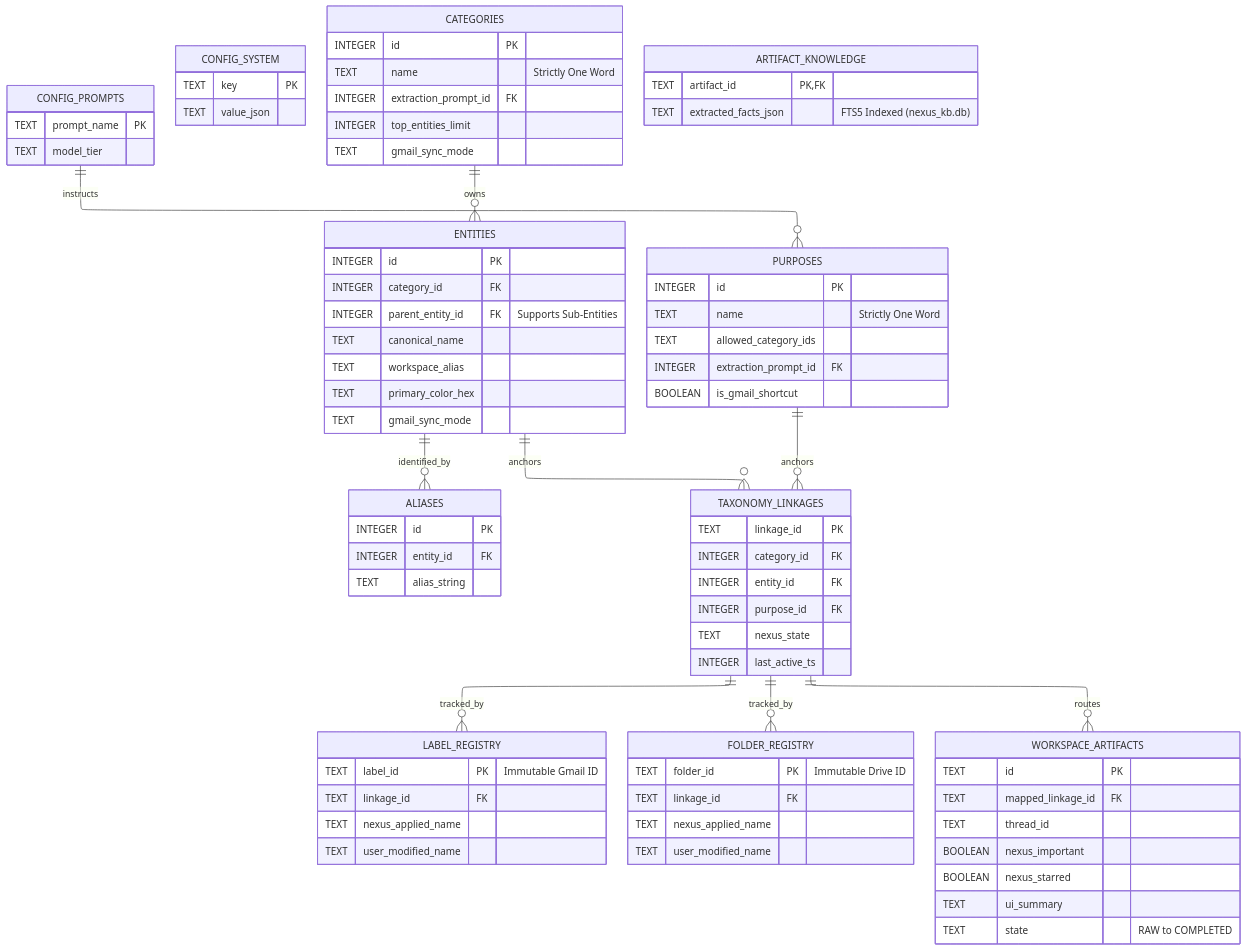
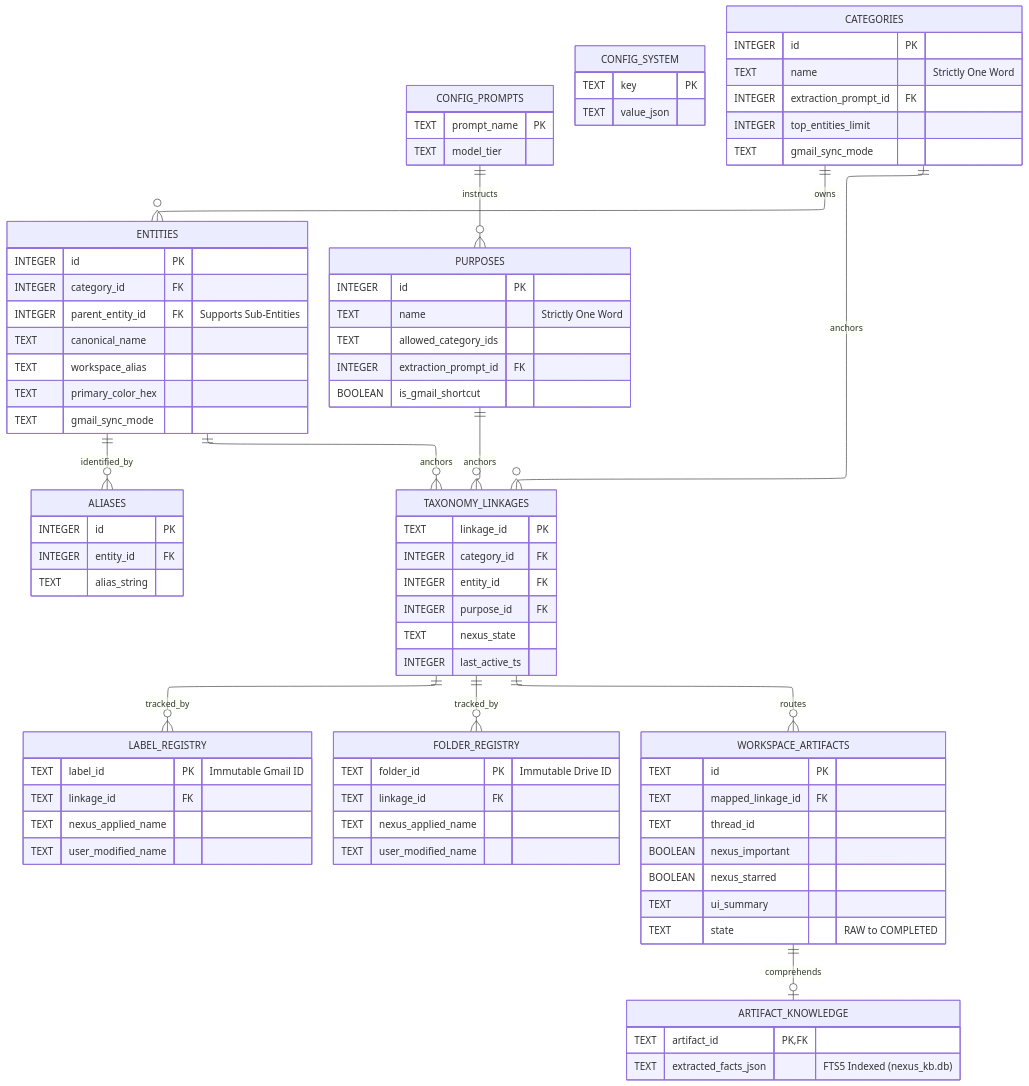
Before and after one commit to FrankXLT/Nexus-for-Google: the diagram in arch_docs/02_DATA_ONTOLOGY.md, drawn with Mermaid. The commit also changed 5 other files, not shown here.

First line of the commit message:
docs: add Layer 0 topology and new architectural rules

````diff
--- a/arch_docs/02_DATA_ONTOLOGY.md
+++ b/arch_docs/02_DATA_ONTOLOGY.md
@@ -32,93 +32,89 @@
   layout: elk
 ---
 erDiagram
-	direction TB
-	CONFIG_PROMPTS {
-		TEXT prompt_name PK ""  
-		TEXT model_tier  ""  
-	}
+    direction TB
+    
+    CONFIG_PROMPTS {
+        TEXT prompt_name PK ""
+        TEXT model_tier ""
+    }
+    CONFIG_SYSTEM {
+        TEXT key PK ""
+        TEXT value_json ""
+    }
+    CATEGORIES {
+        INTEGER id PK ""
+        TEXT name "Strictly One Word"
+        INTEGER extraction_prompt_id FK ""
+        INTEGER top_entities_limit ""
+        TEXT gmail_sync_mode ""
+    }
+    ENTITIES {
+        INTEGER id PK ""
+        INTEGER category_id FK ""
+        INTEGER parent_entity_id FK "Supports Sub-Entities"
+        TEXT canonical_name ""
+        TEXT workspace_alias ""
+        TEXT primary_color_hex ""
+        TEXT gmail_sync_mode ""
+    }
+    ALIASES {
+        INTEGER id PK ""
+        INTEGER entity_id FK ""
+        TEXT alias_string ""
+    }
+    PURPOSES {
+        INTEGER id PK ""
+        TEXT name "Strictly One Word"
+        TEXT allowed_category_ids ""
+        INTEGER extraction_prompt_id FK ""
+        BOOLEAN is_gmail_shortcut ""
+    }
+    LABEL_REGISTRY {
+        TEXT label_id PK "Immutable Gmail ID"
+        TEXT linkage_id FK ""
+        TEXT nexus_applied_name ""
+        TEXT user_modified_name ""
+    }
+    FOLDER_REGISTRY {
+        TEXT folder_id PK "Immutable Drive ID"
+        TEXT linkage_id FK ""
+        TEXT nexus_applied_name ""
+        TEXT user_modified_name ""
+    }
+    TAXONOMY_LINKAGES {
+        TEXT linkage_id PK ""
+        INTEGER category_id FK ""
+        INTEGER entity_id FK ""
+        INTEGER purpose_id FK ""
+        TEXT nexus_state ""
+        INTEGER last_active_ts ""
+    }
+    WORKSPACE_ARTIFACTS {
+        TEXT id PK ""
+        TEXT mapped_linkage_id FK ""
+        TEXT thread_id ""
+        BOOLEAN nexus_important ""
+        BOOLEAN nexus_starred ""
+        TEXT ui_summary ""
+        TEXT state "RAW to COMPLETED"
+    }
+    ARTIFACT_KNOWLEDGE {
+        TEXT artifact_id PK, FK ""
+        TEXT extracted_facts_json "FTS5 Indexed (nexus_kb.db)"
+    }
 
-	CONFIG_SYSTEM {
-		TEXT key PK ""  
-		TEXT value_json  ""  
-	}
-
-	CATEGORIES {
-		INTEGER id PK ""  
-		TEXT name  "Strictly One Word"  
-		INTEGER extraction_prompt_id FK ""  
-		INTEGER top_entities_limit  ""  
-		TEXT gmail_sync_mode  ""  
-	}
-
-	ENTITIES {
-		INTEGER id PK ""  
-		INTEGER category_id FK ""  
-		INTEGER parent_entity_id FK "Supports Sub-Entities"  
-		TEXT canonical_name  ""  
-		TEXT workspace_alias  ""  
-		TEXT primary_color_hex  ""  
-		TEXT gmail_sync_mode  ""  
-	}
-
-	ALIASES {
-		INTEGER id PK ""  
-		INTEGER entity_id FK ""  
-		TEXT alias_string  ""  
-	}
-
-	PURPOSES {
-		INTEGER id PK ""  
-		TEXT name  "Strictly One Word"  
-		TEXT allowed_category_ids  ""  
-		INTEGER extraction_prompt_id FK ""  
-		BOOLEAN is_gmail_shortcut  ""  
-	}
-
-	LABEL_REGISTRY {
-		TEXT label_id PK "Immutable Gmail ID"  
-		TEXT linkage_id FK ""  
-		TEXT nexus_applied_name  ""  
-		TEXT user_modified_name  ""  
-	}
-
-	FOLDER_REGISTRY {
-		TEXT folder_id PK "Immutable Drive ID"  
-		TEXT linkage_id FK ""  
-		TEXT nexus_applied_name  ""  
-		TEXT user_modified_name  ""  
-	}
-
-	TAXONOMY_LINKAGES {
-		TEXT linkage_id PK ""  
-		INTEGER category_id FK ""  
-		INTEGER entity_id FK ""  
-		INTEGER purpose_id FK ""  
-		TEXT nexus_state  ""  
-		INTEGER last_active_ts  ""  
-	}
-
-	WORKSPACE_ARTIFACTS {
-		TEXT id PK ""  
-		TEXT mapped_linkage_id FK ""  
-		TEXT thread_id  ""  
-		BOOLEAN nexus_important  ""  
-		BOOLEAN nexus_starred  ""  
-		TEXT ui_summary  ""  
-		TEXT state  "RAW to COMPLETED"  
-	}
-
-	ARTIFACT_KNOWLEDGE {
-		TEXT artifact_id PK,FK ""  
-		TEXT extracted_facts_json  "FTS5 Indexed (nexus_kb.db)"  
-	}
-
-	CONFIG_PROMPTS||--o{PURPOSES:"instructs"
-	CATEGORIES||--o{ENTITIES:"owns"
-	ENTITIES||--o{ALIASES:"identified_by"
-	ENTITIES||--o{TAXONOMY_LINKAGES:"anchors"
-	PURPOSES||--o{TAXONOMY_LINKAGES:"anchors"
-	TAXONOMY_LINKAGES||--o{WORKSPACE_ARTIFACTS:"routes"
-	TAXONOMY_LINKAGES||--o{LABEL_REGISTRY:"tracked_by"
-	TAXONOMY_LINKAGES||--o{FOLDER_REGISTRY:"tracked_by"
+    CONFIG_PROMPTS ||--o{ PURPOSES : "instructs"
+    CATEGORIES ||--o{ ENTITIES : "owns"
+    ENTITIES ||--o{ ALIASES : "identified_by"
+    
+    CATEGORIES ||--o{ TAXONOMY_LINKAGES : "anchors"
+    ENTITIES ||--o{ TAXONOMY_LINKAGES : "anchors"
+    PURPOSES ||--o{ TAXONOMY_LINKAGES : "anchors"
+    
+    TAXONOMY_LINKAGES ||--o{ WORKSPACE_ARTIFACTS : "routes"
+    TAXONOMY_LINKAGES ||--o{ LABEL_REGISTRY : "tracked_by"
+    TAXONOMY_LINKAGES ||--o{ FOLDER_REGISTRY : "tracked_by"
+    
+    WORKSPACE_ARTIFACTS ||--o| ARTIFACT_KNOWLEDGE : "comprehends"
 ```
````
